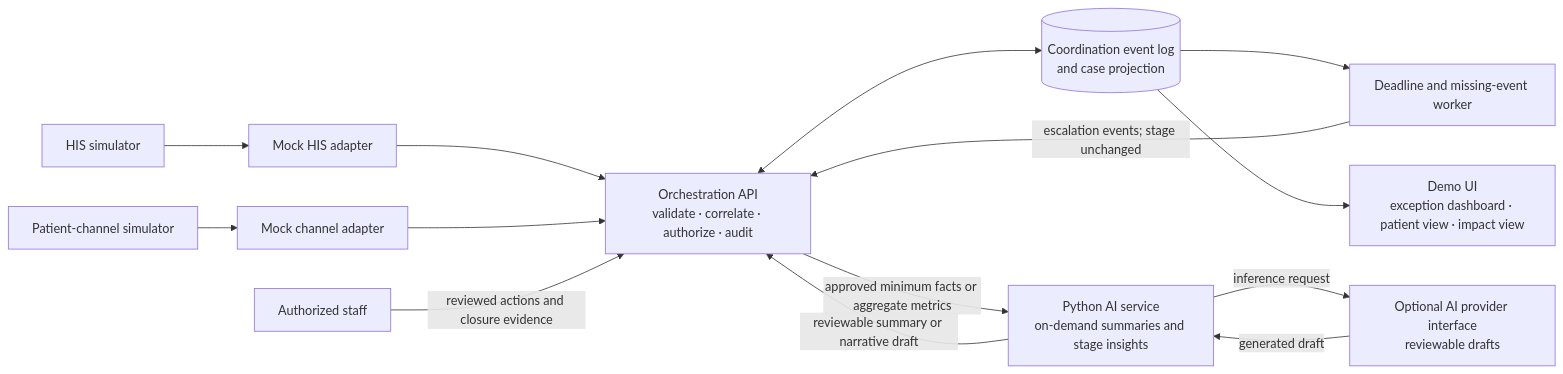
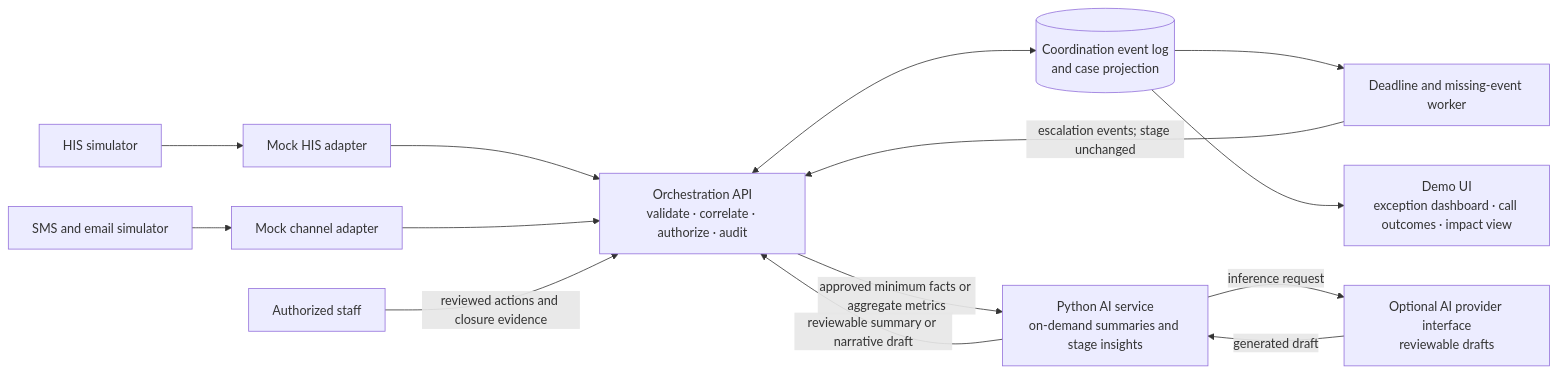
The first of 2 diagrams in docs/ai-design/architecture.md (savannah-pulse/care-loop), drawn with Mermaid before and after one commit. The commit also changed other lines of this file and 8 other files, not shown here.

First line of the commit message:
docs: align SMS and email notification guidance

````diff
--- a/docs/ai-design/architecture.md
+++ b/docs/ai-design/architecture.md
@@ -11,26 +11,26 @@
 ```mermaid
 flowchart LR
     HIS[HIS simulator]
-    CHANNEL[Patient-channel simulator]
+    CHANNEL[SMS and email simulator]
     HISADAPTER[Mock HIS adapter]
     CHANNELADAPTER[Mock channel adapter]
     API[Orchestration API<br/>validate · correlate · authorize · audit]
     STORE[(Coordination event log<br/>and case projection)]
     WORKER[Deadline and missing-event worker]
-    UI[Demo UI<br/>exception dashboard · patient view · impact view]
+    UI[Demo UI<br/>exception dashboard · call outcomes · impact view]
     AIWORKFLOW[Python AI service<br/>on-demand summaries and stage insights]
     AIPROVIDER[Optional AI provider interface<br/>reviewable drafts]
     HUMAN[Authorized staff]
 
     HIS --> HISADAPTER --> API
     CHANNEL --> CHANNELADAPTER --> API
     API <--> STORE
     STORE --> WORKER
     WORKER -->|escalation events; stage unchanged| API
     STORE --> UI
     HUMAN -->|reviewed actions and closure evidence| API
     API -->|approved minimum facts or aggregate metrics| AIWORKFLOW
     AIWORKFLOW -->|reviewable summary or narrative draft| API
     AIWORKFLOW -->|inference request| AIPROVIDER
     AIPROVIDER -->|generated draft| AIWORKFLOW
 ```
````
